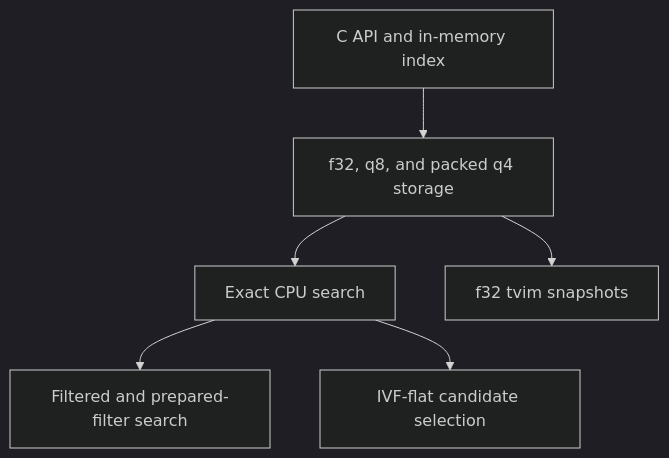
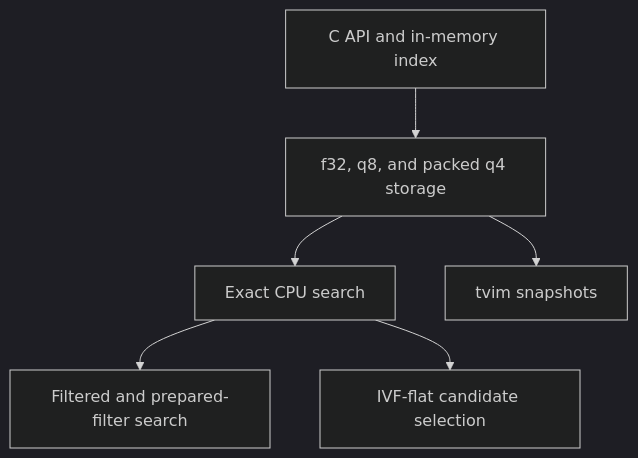
Before and after one commit to tetherto/qvac-ext-lib-llama.cpp: the diagram in docs/vector-index.md, drawn with Mermaid (dark theme). The commit also changed other lines of this file and 2 other files, not shown here.

Commit message:
ggml : add vector-index snapshots and mmap loading

````diff
--- a/docs/vector-index.md
+++ b/docs/vector-index.md
@@ -17,8 +17,8 @@
 ```mermaid
 flowchart TD
     api["C API and in-memory index"] --> storage["f32, q8, and packed q4 storage"]
     storage --> exact["Exact CPU search"]
     exact --> filters["Filtered and prepared-filter search"]
     exact --> ivf["IVF-flat candidate selection"]
-    storage --> snapshot["f32 tvim snapshots"]
+    storage --> snapshot["tvim snapshots"]
 ```
````
